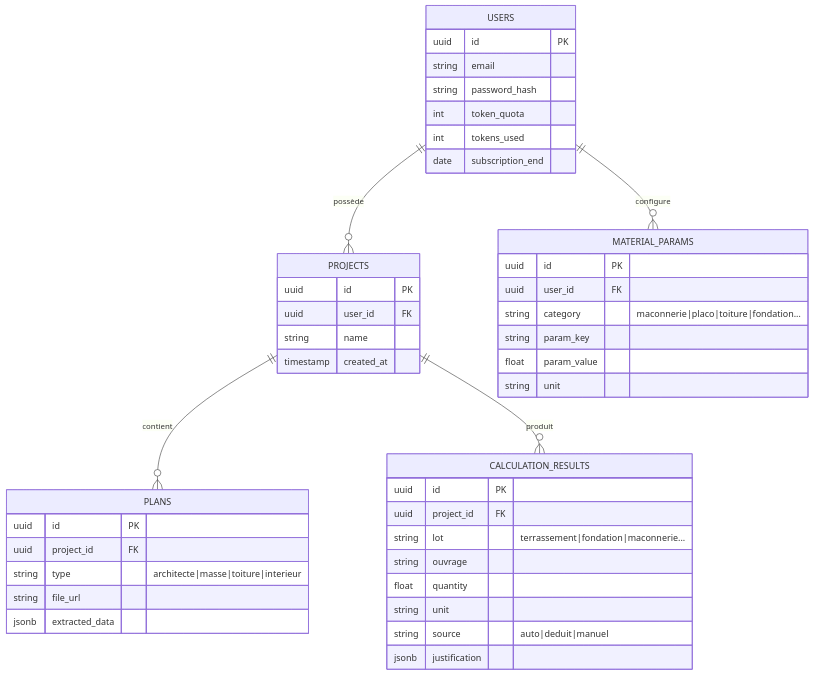
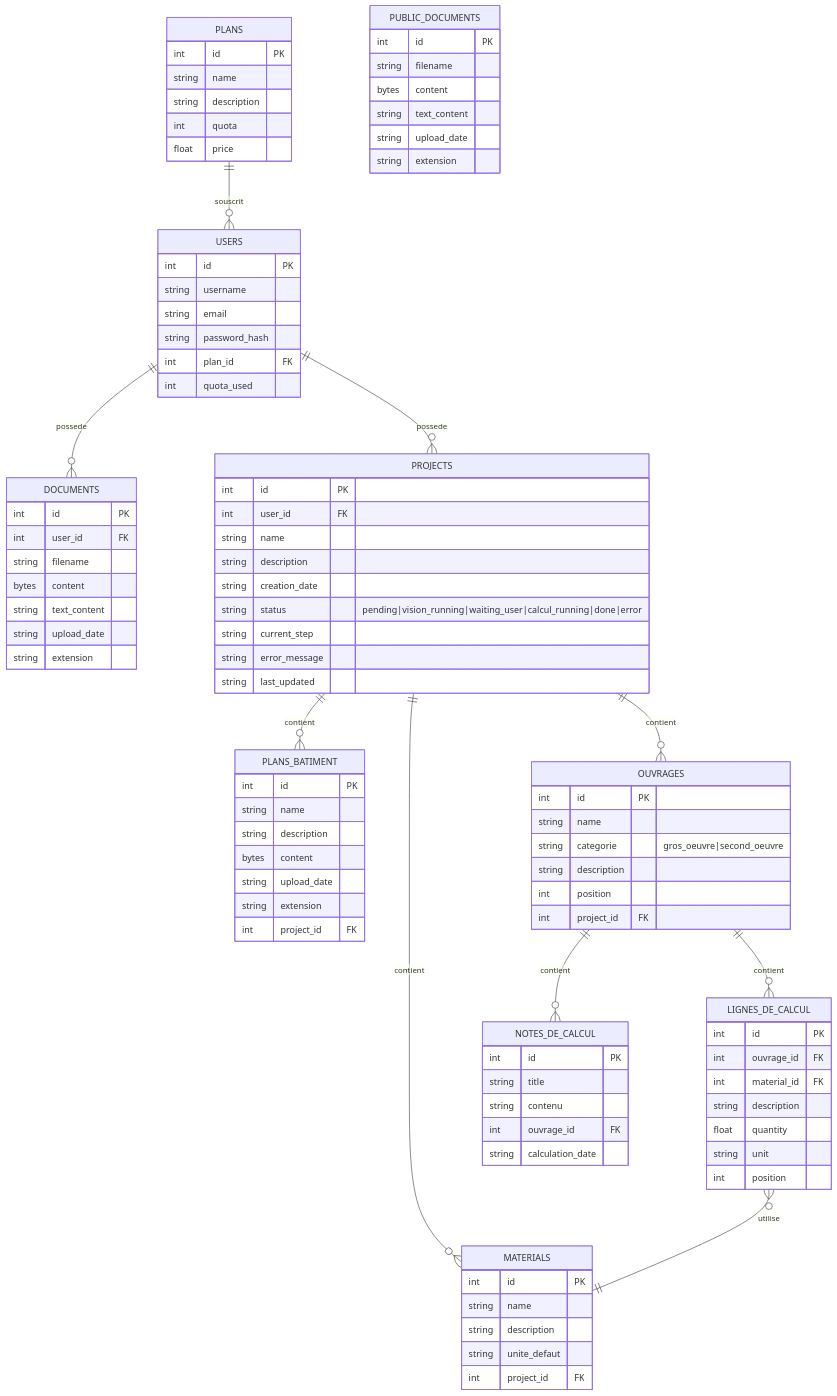
The diagram in backend/documentation/modele-donnees-postgresql.mmd (somkietacode/projet-ia-btp-metre), drawn with Mermaid before and after one commit. The commit also changed 132 other files, not shown here.

```diff
--- a/backend/documentation/modele-donnees-postgresql.mmd
+++ b/backend/documentation/modele-donnees-postgresql.mmd
@@ -1,44 +1,102 @@
 erDiagram
-    USERS ||--o{ PROJECTS : possède
-    USERS ||--o{ MATERIAL_PARAMS : configure
+    PLANS ||--o{ USERS : souscrit
+    PLANS {
+        int id PK
+        string name
+        string description
+        int quota
+        float price
+    }
+
+    USERS ||--o{ DOCUMENTS : possede
+    USERS ||--o{ PROJECTS : possede
     USERS {
-        uuid id PK
+        int id PK
+        string username
         string email
         string password_hash
-        int token_quota
-        int tokens_used
-        date subscription_end
+        int plan_id FK
+        int quota_used
     }
-    PROJECTS ||--o{ PLANS : contient
-    PROJECTS ||--o{ CALCULATION_RESULTS : produit
+
+    DOCUMENTS {
+        int id PK
+        int user_id FK
+        string filename
+        bytes content
+        string text_content
+        string upload_date
+        string extension
+    }
+
+    PUBLIC_DOCUMENTS {
+        int id PK
+        string filename
+        bytes content
+        string text_content
+        string upload_date
+        string extension
+    }
+
+    PROJECTS ||--o{ PLANS_BATIMENT : contient
+    PROJECTS ||--o{ MATERIALS : contient
+    PROJECTS ||--o{ OUVRAGES : contient
     PROJECTS {
-        uuid id PK
-        uuid user_id FK
+        int id PK
+        int user_id FK
         string name
-        timestamp created_at
+        string description
+        string creation_date
+        string status "pending|vision_running|waiting_user|calcul_running|done|error"
+        string current_step
+        string error_message
+        string last_updated
     }
-    PLANS {
-        uuid id PK
-        uuid project_id FK
-        string type "architecte|masse|toiture|interieur"
-        string file_url
-        jsonb extracted_data
+
+    PLANS_BATIMENT {
+        int id PK
+        string name
+        string description
+        bytes content
+        string upload_date
+        string extension
+        int project_id FK
     }
-    MATERIAL_PARAMS {
-        uuid id PK
-        uuid user_id FK
-        string category "maconnerie|placo|toiture|fondation..."
-        string param_key
-        float param_value
-        string unit
+
+    MATERIALS {
+        int id PK
+        string name
+        string description
+        string unite_defaut
+        int project_id FK
     }
-    CALCULATION_RESULTS {
-        uuid id PK
-        uuid project_id FK
-        string lot "terrassement|fondation|maconnerie..."
-        string ouvrage
+
+    OUVRAGES ||--o{ LIGNES_DE_CALCUL : contient
+    OUVRAGES ||--o{ NOTES_DE_CALCUL : contient
+    OUVRAGES {
+        int id PK
+        string name
+        string categorie "gros_oeuvre|second_oeuvre"
+        string description
+        int position
+        int project_id FK
+    }
+
+    LIGNES_DE_CALCUL }o--|| MATERIALS : utilise
+    LIGNES_DE_CALCUL {
+        int id PK
+        int ouvrage_id FK
+        int material_id FK
+        string description
         float quantity
         string unit
-        string source "auto|deduit|manuel"
-        jsonb justification
+        int position
     }
+
+    NOTES_DE_CALCUL {
+        int id PK
+        string title
+        string contenu
+        int ouvrage_id FK
+        string calculation_date
+    }
```
